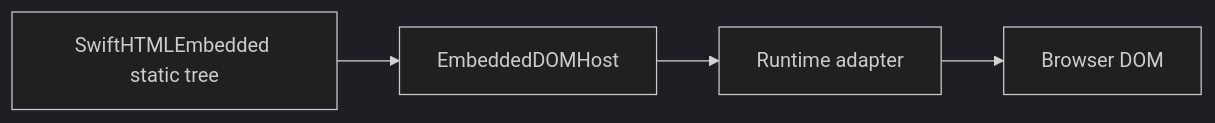
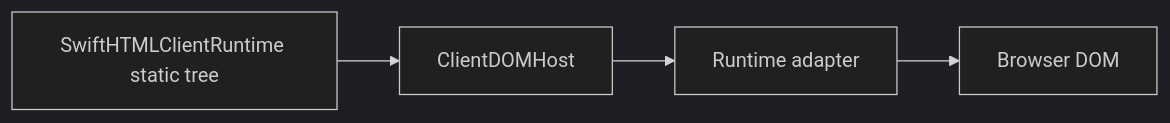
The third of 3 diagrams in README.md (1amageek/swift-html), drawn with Mermaid (dark theme) before and after one commit. The commit also changed other lines of this file and 25 other files, not shown here.

````diff
--- a/README.md
+++ b/README.md
@@ -738,6 +739,6 @@
 ```mermaid
 flowchart LR
-  A["SwiftHTMLEmbedded static tree"] --> B["EmbeddedDOMHost"]
+  A["SwiftHTMLClientRuntime static tree"] --> B["ClientDOMHost"]
   B --> C["Runtime adapter"]
   C --> D["Browser DOM"]
 ```
````
